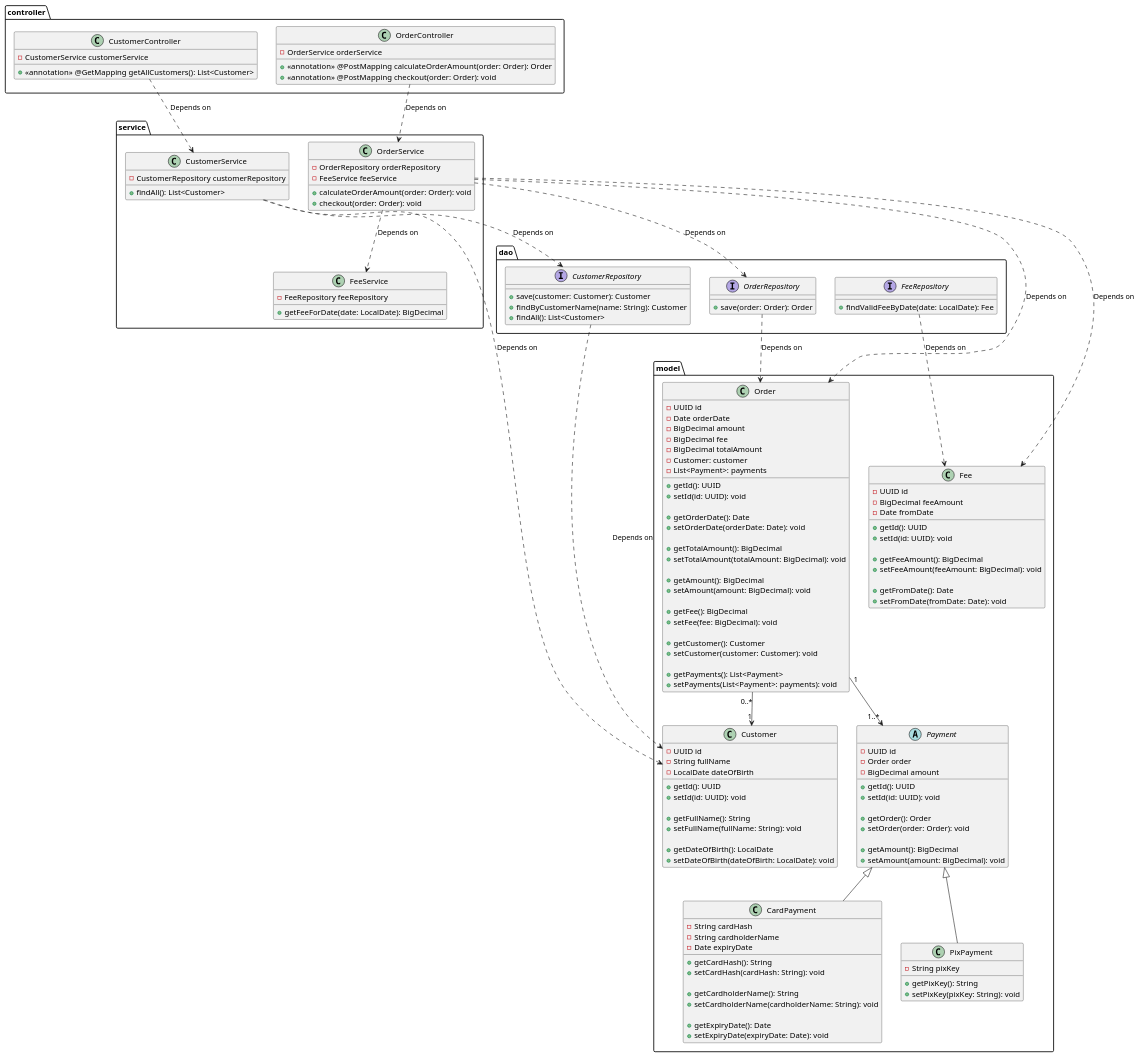
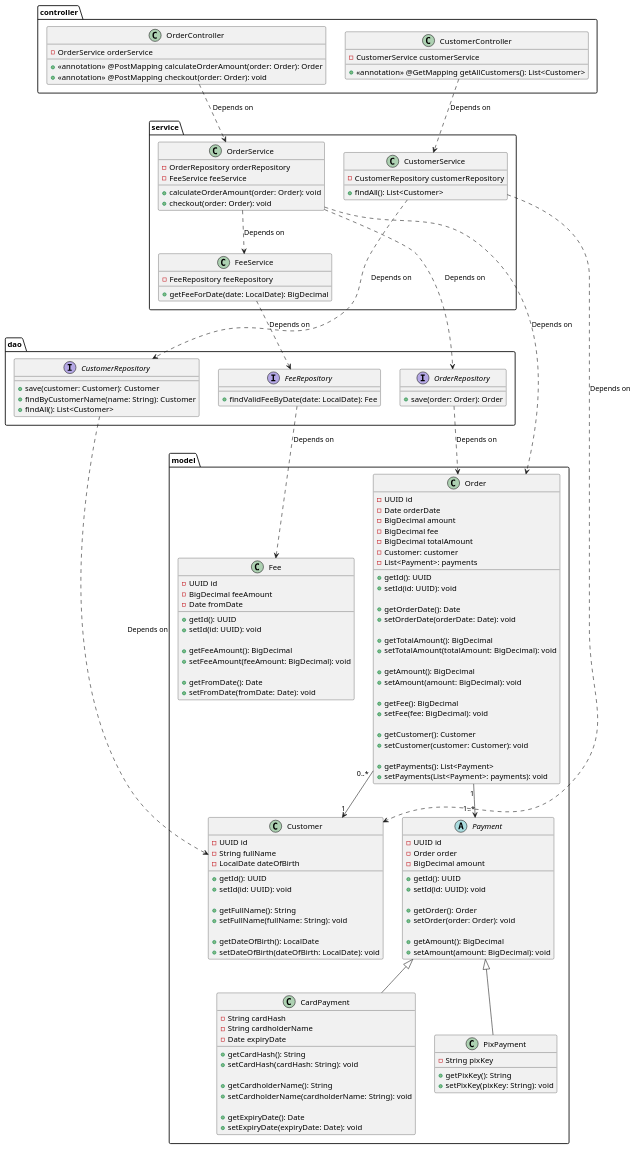
One commit to dias-joaovictor/infnet-springapp changed the diagram in payment.puml. Above: the diagram before and after it, drawn with PlantUML. The commit also changed 1 other file, not shown here.

```diff
--- a/payment.puml
+++ b/payment.puml
@@ -1,182 +1,182 @@
 @startuml
 
 package model {
   class Order {
     - UUID id
     - Date orderDate
     - BigDecimal amount
     - BigDecimal fee
     - BigDecimal totalAmount
     - Customer: customer
     - List<Payment>: payments
 
     
     + getId(): UUID
     + setId(id: UUID): void
     
     + getOrderDate(): Date
     + setOrderDate(orderDate: Date): void
     
     + getTotalAmount(): BigDecimal
     + setTotalAmount(totalAmount: BigDecimal): void
 
     + getAmount(): BigDecimal
     + setAmount(amount: BigDecimal): void
     
     + getFee(): BigDecimal
     + setFee(fee: BigDecimal): void
 
     + getCustomer(): Customer
     + setCustomer(customer: Customer): void
 
     + getPayments(): List<Payment>
     + setPayments(List<Payment>: payments): void
   }
 
   class Customer {
     - UUID id
     - String fullName
     - LocalDate dateOfBirth
 
     
     + getId(): UUID
     + setId(id: UUID): void
     
     + getFullName(): String
     + setFullName(fullName: String): void
     
     + getDateOfBirth(): LocalDate
     + setDateOfBirth(dateOfBirth: LocalDate): void
   }
 
   abstract class Payment {
     - UUID id
     - Order order
     - BigDecimal amount
 
     
     + getId(): UUID
     + setId(id: UUID): void
     
     + getOrder(): Order
     + setOrder(order: Order): void
     
     + getAmount(): BigDecimal
     + setAmount(amount: BigDecimal): void
   }
 
   class CardPayment {
     - String cardHash
     - String cardholderName
     - Date expiryDate
 
 
     + getCardHash(): String
     + setCardHash(cardHash: String): void
     
     + getCardholderName(): String
     + setCardholderName(cardholderName: String): void
     
     + getExpiryDate(): Date
     + setExpiryDate(expiryDate: Date): void
   }
 
   class PixPayment {
     - String pixKey
     
     + getPixKey(): String
     + setPixKey(pixKey: String): void
   }
 
   class Fee {
     - UUID id
     - BigDecimal feeAmount
     - Date fromDate
     
     
     + getId(): UUID
     + setId(id: UUID): void
     
     + getFeeAmount(): BigDecimal
     + setFeeAmount(feeAmount: BigDecimal): void
     
     + getFromDate(): Date
     + setFromDate(fromDate: Date): void
   }
 
   Order "1" --> "1..*" Payment
   Order "0..*" --> "1" Customer
   Payment <|-- CardPayment
   Payment <|-- PixPayment
 }
 
 package dao {
   interface OrderRepository {
     + save(order: Order): Order
   }
 
   interface CustomerRepository {
     + save(customer: Customer): Customer
     + findByCustomerName(name: String): Customer
     + findAll(): List<Customer>
   }
 
   interface FeeRepository {
     + findValidFeeByDate(date: LocalDate): Fee
   }
 
   OrderRepository ..> Order : "Depends on"
   FeeRepository ..> Fee : "Depends on"
   CustomerRepository ..> Customer : "Depends on"
 }
 
 package service {
 
   class FeeService {
     - FeeRepository feeRepository
 
     + getFeeForDate(date: LocalDate): BigDecimal
   }
 
     class CustomerService {
     - CustomerRepository customerRepository
 
     + findAll(): List<Customer>
   }
 
   class OrderService {
     - OrderRepository orderRepository
     - FeeService feeService
 
     + calculateOrderAmount(order: Order): void
     + checkout(order: Order): void
   }
 
   OrderService ..> Order : "Depends on"
   OrderService ..> OrderRepository : "Depends on"
   OrderService ..> FeeService : "Depends on"
-  OrderService ..> Fee : "Depends on"
   CustomerService ..> CustomerRepository : "Depends on"
   CustomerService ..> Customer : "Depends on"
+  FeeService ..> FeeRepository : "Depends on"
 }
 
 package controller {
   class CustomerController{
     - CustomerService customerService
 
     + <<annotation>> @GetMapping getAllCustomers(): List<Customer>
   }
 
   class OrderController{
     - OrderService orderService
 
     + <<annotation>> @PostMapping calculateOrderAmount(order: Order): Order
     + <<annotation>> @PostMapping checkout(order: Order): void
   }
 
   OrderController ..> OrderService : "Depends on"
   CustomerController ..> CustomerService : "Depends on"
 }
 
 
 @enduml
```
